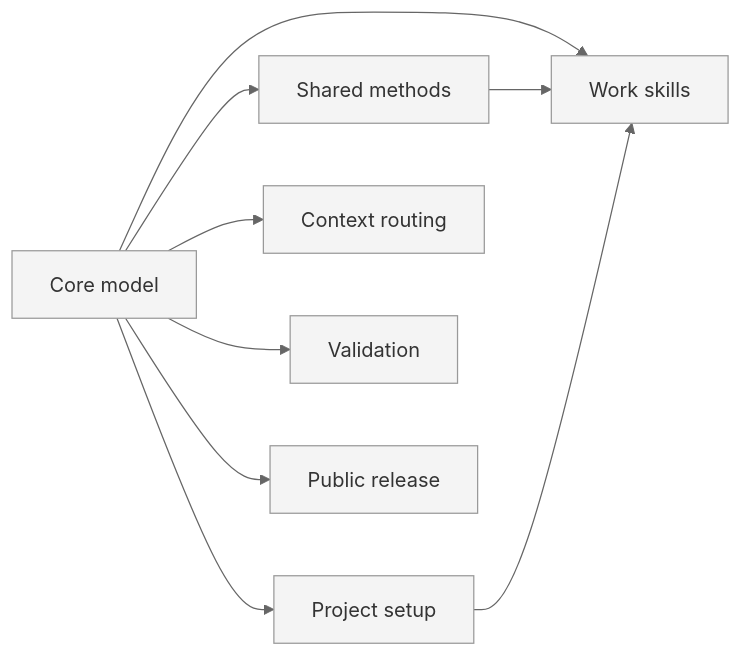
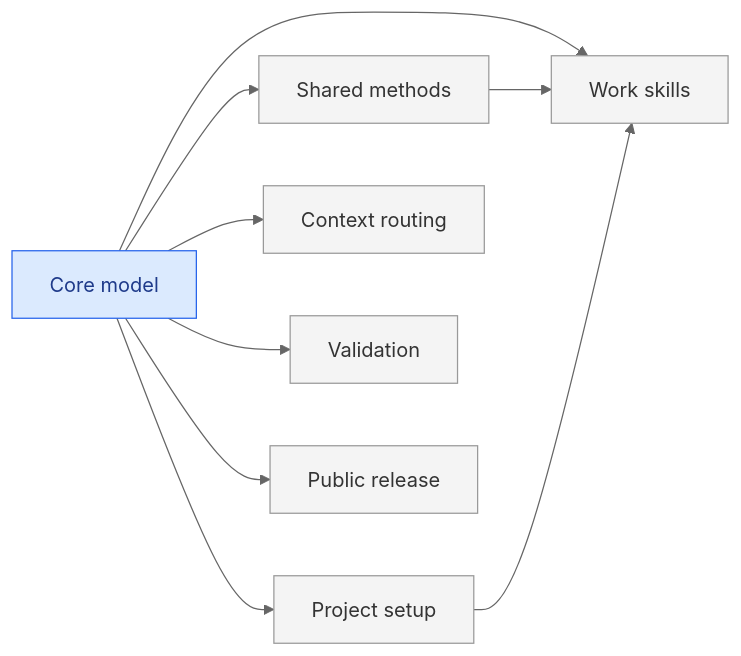
Before and after one commit to somethingdarkside1/atlas-skills: the diagram in MAP.md, drawn with Mermaid (neutral theme). The commit also changed other lines of this file and 30 other files, not shown here.

````diff
--- a/MAP.md
+++ b/MAP.md
@@ -10,24 +10,24 @@
 ```mermaid
 flowchart LR
   classDef sketched fill:#f4f4f4,stroke:#999,color:#333
   classDef decided fill:#dbeafe,stroke:#2563eb,color:#1e3a8a
   classDef building fill:#fef3c7,stroke:#d97706,color:#78350f
   classDef done fill:#dcfce7,stroke:#16a34a,color:#14532d
 
-  core-model["Core model"]:::sketched
+  core-model["Core model"]:::decided
   shared-methods["Shared methods"]:::sketched
   project-setup["Project setup"]:::sketched
   work-skills["Work skills"]:::sketched
   context-routing["Context routing"]:::sketched
   validation["Validation"]:::sketched
   public-release["Public release"]:::sketched
 
   core-model --> shared-methods
   core-model --> project-setup
   core-model --> work-skills
   shared-methods --> work-skills
   project-setup --> work-skills
   core-model --> context-routing
   core-model --> validation
   core-model --> public-release
 ```
````
